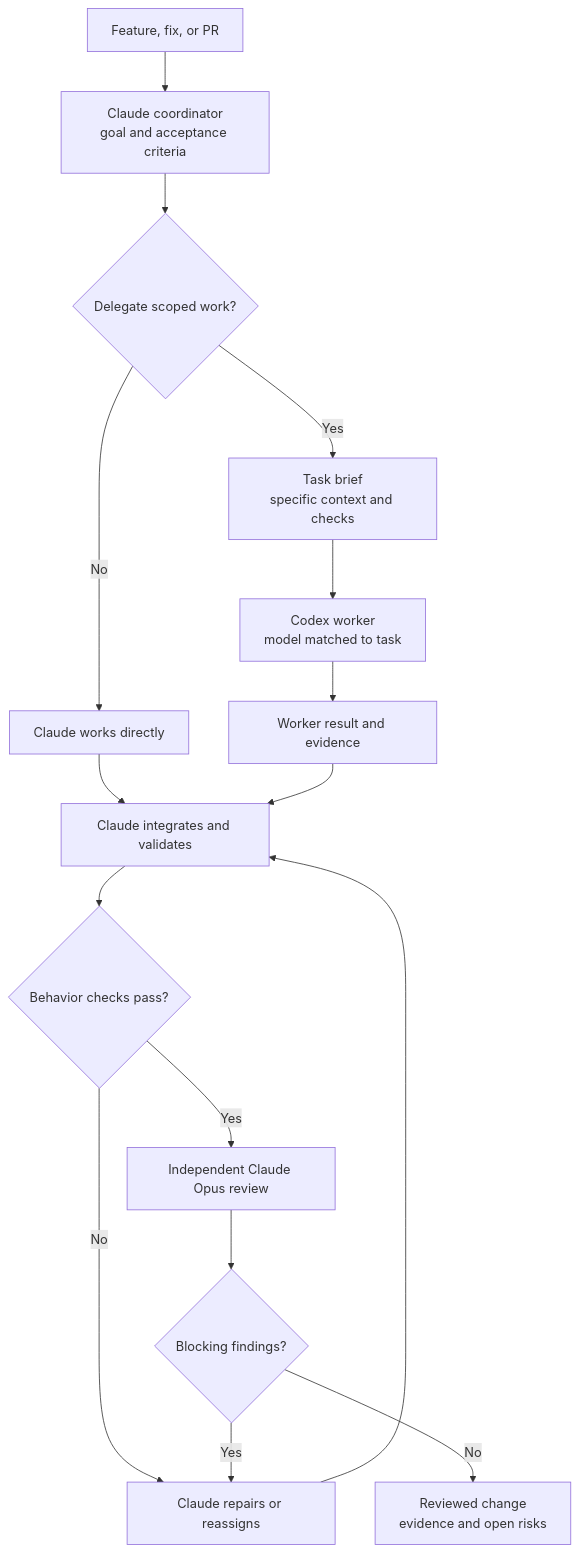
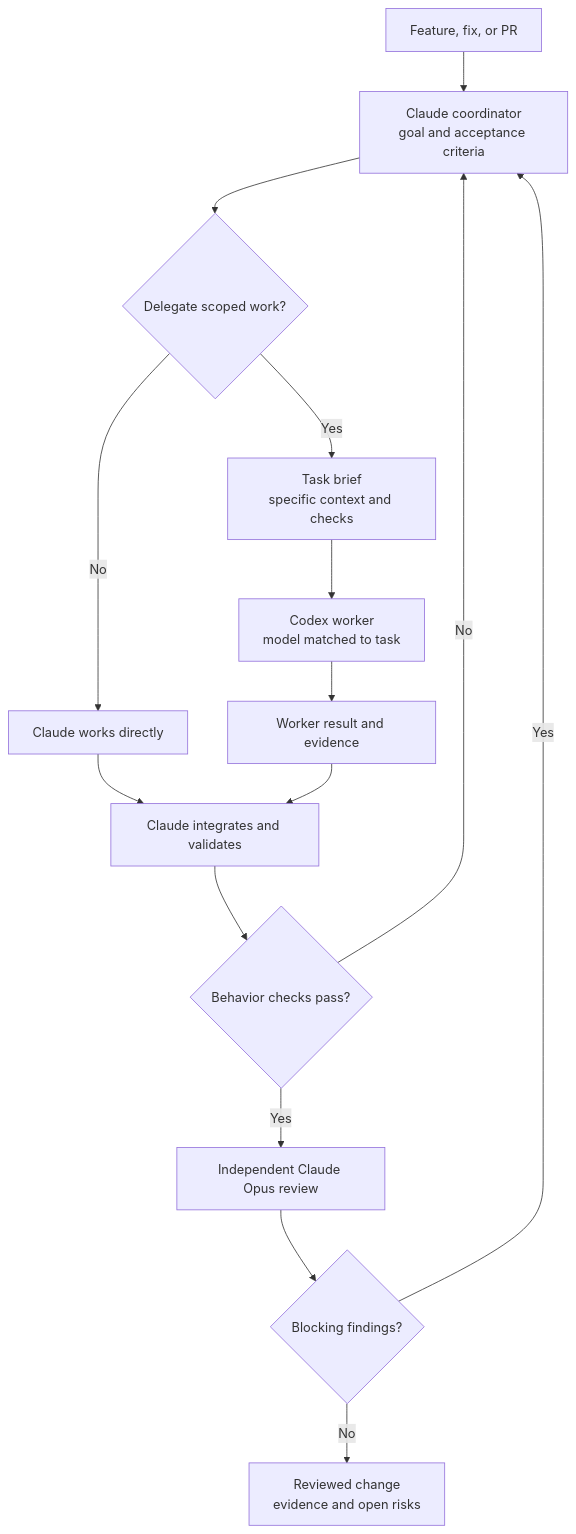
The diagram in docs/implement.md (mathaix/claramap-builder), drawn with Mermaid before and after one commit. The commit also changed 1 other file, not shown here.

Commit message:
Return failed implement checks to coordinator

````diff
--- a/docs/implement.md
+++ b/docs/implement.md
@@ -29,18 +29,17 @@
 ```mermaid
 flowchart TD
     A["Feature, fix, or PR"] --> B["Claude coordinator<br/>goal and acceptance criteria"]
     B --> C{"Delegate scoped work?"}
     C -- "No" --> D["Claude works directly"]
     C -- "Yes" --> E["Task brief<br/>specific context and checks"]
     E --> F["Codex worker<br/>model matched to task"]
     F --> G["Worker result and evidence"]
     D --> H["Claude integrates and validates"]
     G --> H
     H --> I{"Behavior checks pass?"}
-    I -- "No" --> M["Claude repairs or reassigns"]
+    I -- "No" --> B
     I -- "Yes" --> J["Independent Claude Opus review"]
     J --> K{"Blocking findings?"}
-    K -- "Yes" --> M
+    K -- "Yes" --> B
     K -- "No" --> L["Reviewed change<br/>evidence and open risks"]
-    M --> H
 ```
````
